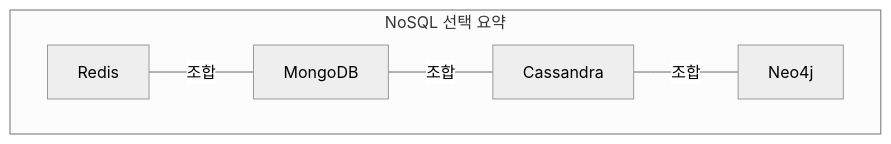
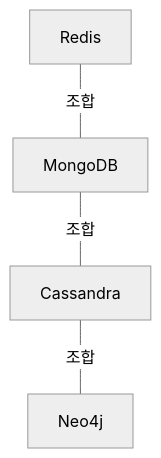
The seventh of 7 diagrams in _posts/nosql/2026-05-03-nosql-comparison.md (yjkim2015/yjkim2015.github.io), drawn with Mermaid (neutral theme) before and after one commit. The commit also changed other lines of this file and 155 other files, not shown here.

First line of the commit message:
Mermaid 전면 수정: subgraph 제거, participant/노드/줄수 축소 (342블록)

````diff
--- a/_posts/nosql/2026-05-03-nosql-comparison.md
+++ b/_posts/nosql/2026-05-03-nosql-comparison.md
@@ -414,12 +405,6 @@
 ```mermaid
 graph TB
-    subgraph "NoSQL 선택 요약"
-        R["Redis"]
-        M["MongoDB"]
-        C["Cassandra"]
-        N["Neo4j"]
-    end
-    R --- |"조합"| M
-    M --- |"조합"| C
-    C --- |"조합"| N
+    R["Redis"] ---|조합| M["MongoDB"]
+    M ---|조합| C["Cassandra"]
+    C ---|조합| N["Neo4j"]
 ```
````
